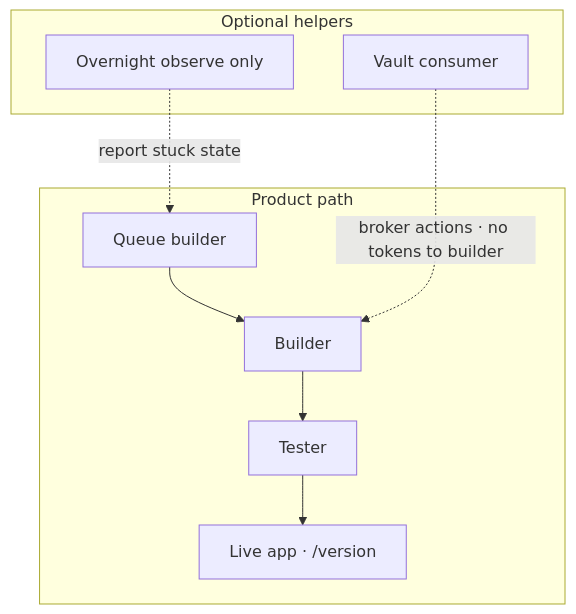
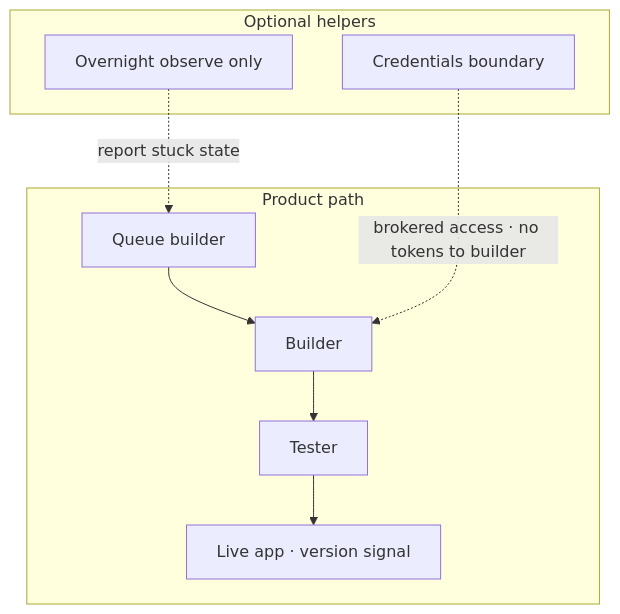
Before and after one commit to southu/vygo: the second of 6 diagrams in apps/web/public/content/vibe-coding/ratchet-guide/diagrams.md, drawn with Mermaid. The commit also changed other lines of this file and 42 other files, not shown here.

````diff
--- a/apps/web/public/content/vibe-coding/ratchet-guide/diagrams.md
+++ b/apps/web/public/content/vibe-coding/ratchet-guide/diagrams.md
@@ -34,18 +34,18 @@
 ```mermaid
 flowchart TB
   subgraph product [Product path]
     QB[Queue builder]
     BL[Builder]
     TS[Tester]
-    LIVE[Live app · /version]
+    LIVE[Live app · version signal]
   end
 
   subgraph helpers [Optional helpers]
-    V[Vault consumer]
+    V[Credentials boundary]
     NW[Overnight observe only]
   end
 
   QB --> BL --> TS --> LIVE
-  V -.->|broker actions · no tokens to builder| BL
+  V -.->|brokered access · no tokens to builder| BL
   NW -.->|report stuck state| QB
 ```
````
